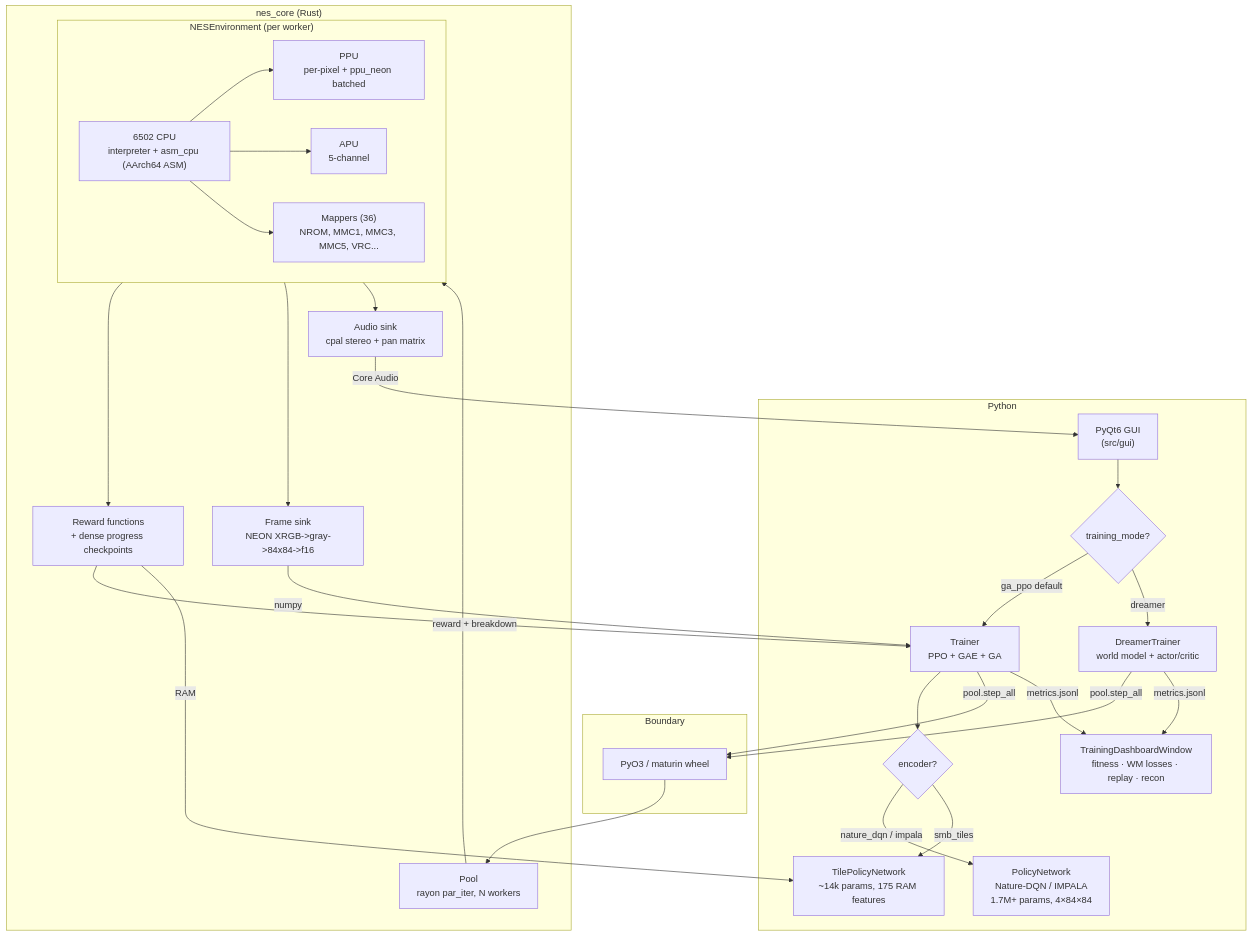
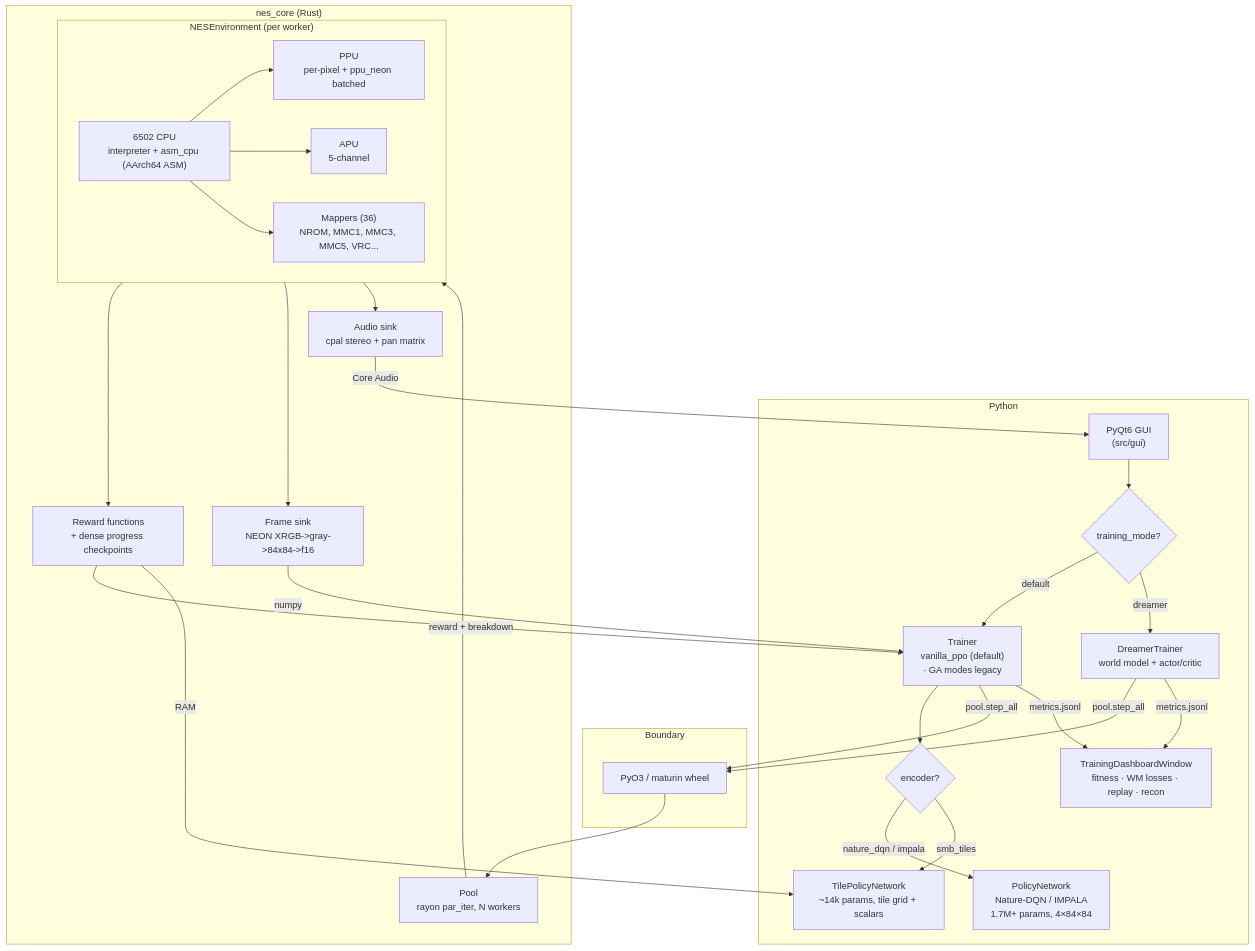
One commit to mstits/neural-entertainment-system changed the diagram in README.md. Above: the diagram before and after it, drawn with Mermaid. The commit also changed other lines of this file and 1 other file, not shown here.

````diff
--- a/README.md
+++ b/README.md
@@ -62,53 +235,53 @@
 ```mermaid
 flowchart TB
     subgraph Python
         GUI["PyQt6 GUI<br/>(src/gui)"]
         Dashboard["TrainingDashboardWindow<br/>fitness · WM losses · replay · recon"]
         TrainerSel{"training_mode?"}
-        Trainer["Trainer<br/>PPO + GAE + GA"]
+        Trainer["Trainer<br/>vanilla_ppo (default)<br/>· GA modes legacy"]
         DreamerT["DreamerTrainer<br/>world model + actor/critic"]
         EncSel{"encoder?"}
         CNN["PolicyNetwork<br/>Nature-DQN / IMPALA<br/>1.7M+ params, 4×84×84"]
-        Tile["TilePolicyNetwork<br/>~14k params, 175 RAM features"]
+        Tile["TilePolicyNetwork<br/>~14k params, tile grid + scalars"]
     end
 
     subgraph Boundary
         PyO3["PyO3 / maturin wheel"]
     end
 
     subgraph nes_core_Rust["nes_core (Rust)"]
         Pool["Pool<br/>rayon par_iter, N workers"]
         subgraph Worker["NESEnvironment (per worker)"]
             CPU["6502 CPU<br/>interpreter + asm_cpu (AArch64 ASM)"]
             PPU["PPU<br/>per-pixel + ppu_neon batched"]
             APU["APU<br/>5-channel"]
             Mappers["Mappers (36)<br/>NROM, MMC1, MMC3, MMC5, VRC..."]
         end
         Rewards["Reward functions<br/>+ dense progress checkpoints"]
         FrameSink["Frame sink<br/>NEON XRGB->gray->84x84->f16"]
         AudioSink["Audio sink<br/>cpal stereo + pan matrix"]
     end
 
     GUI --> TrainerSel
-    TrainerSel -->|ga_ppo default| Trainer
+    TrainerSel -->|default| Trainer
     TrainerSel -->|dreamer| DreamerT
     Trainer --> EncSel
     EncSel -->|nature_dqn / impala| CNN
     EncSel -->|smb_tiles| Tile
     Trainer -->|pool.step_all| PyO3
     DreamerT -->|pool.step_all| PyO3
     PyO3 --> Pool
     Pool --> Worker
     Worker --> Rewards
     CPU --> PPU
     CPU --> APU
     CPU --> Mappers
     Worker --> FrameSink
     Worker --> AudioSink
     FrameSink -->|numpy| Trainer
     Rewards -->|reward + breakdown| Trainer
     Rewards -->|RAM| Tile
     AudioSink -->|Core Audio| GUI
     Trainer -->|metrics.jsonl| Dashboard
     DreamerT -->|metrics.jsonl| Dashboard
 ```
````
